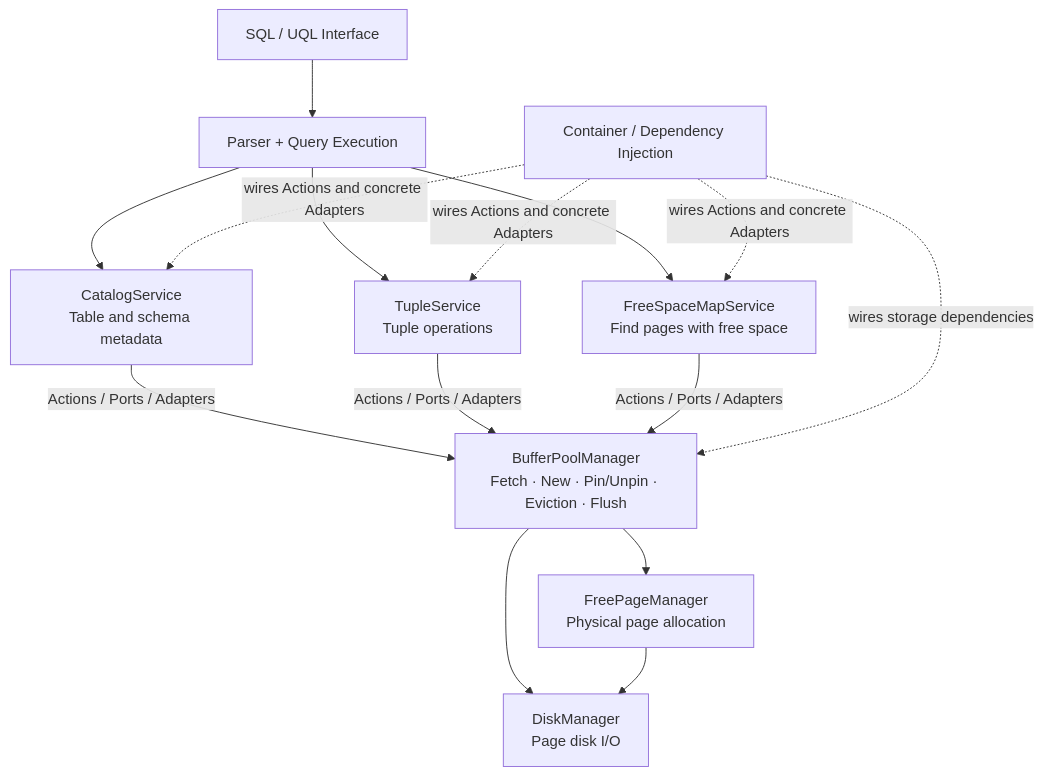
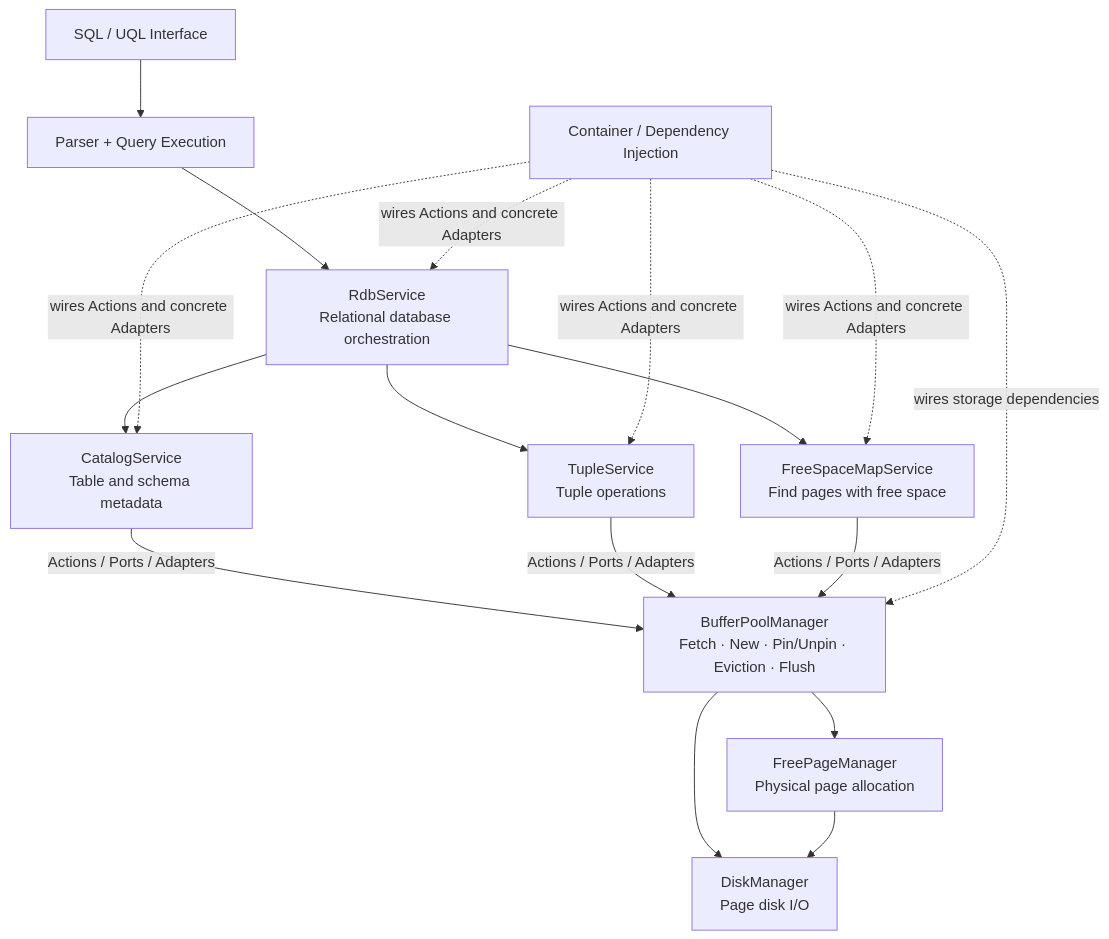
Before and after one commit to soujash-mandal/UniDB: the diagram in README.md, drawn with Mermaid.

Commit message:
docs: include RdbService in V1 architecture diagram

````diff
--- a/README.md
+++ b/README.md
@@ -3,32 +3,35 @@
 ```mermaid
 flowchart TD
     SQL["SQL / UQL Interface"]
     Query["Parser + Query Execution"]
+    RDB["RdbService<br/>Relational database orchestration"]
 
     Catalog["CatalogService<br/>Table and schema metadata"]
     Tuple["TupleService<br/>Tuple operations"]
     FSM["FreeSpaceMapService<br/>Find pages with free space"]
 
     BPM["BufferPoolManager<br/>Fetch · New · Pin/Unpin · Eviction · Flush"]
     FPM["FreePageManager<br/>Physical page allocation"]
     Disk["DiskManager<br/>Page disk I/O"]
 
     SQL --> Query
-    Query --> Catalog
-    Query --> Tuple
-    Query --> FSM
+    Query --> RDB
+    RDB --> Catalog
+    RDB --> Tuple
+    RDB --> FSM
 
     Catalog -->|"Actions / Ports / Adapters"| BPM
     Tuple -->|"Actions / Ports / Adapters"| BPM
     FSM -->|"Actions / Ports / Adapters"| BPM
 
     BPM --> FPM
     BPM --> Disk
     FPM --> Disk
 
     Container["Container / Dependency Injection"]
+    Container -. "wires Actions and concrete Adapters" .-> RDB
     Container -. "wires Actions and concrete Adapters" .-> Catalog
     Container -. "wires Actions and concrete Adapters" .-> Tuple
     Container -. "wires Actions and concrete Adapters" .-> FSM
     Container -. "wires storage dependencies" .-> BPM
 ```
````
